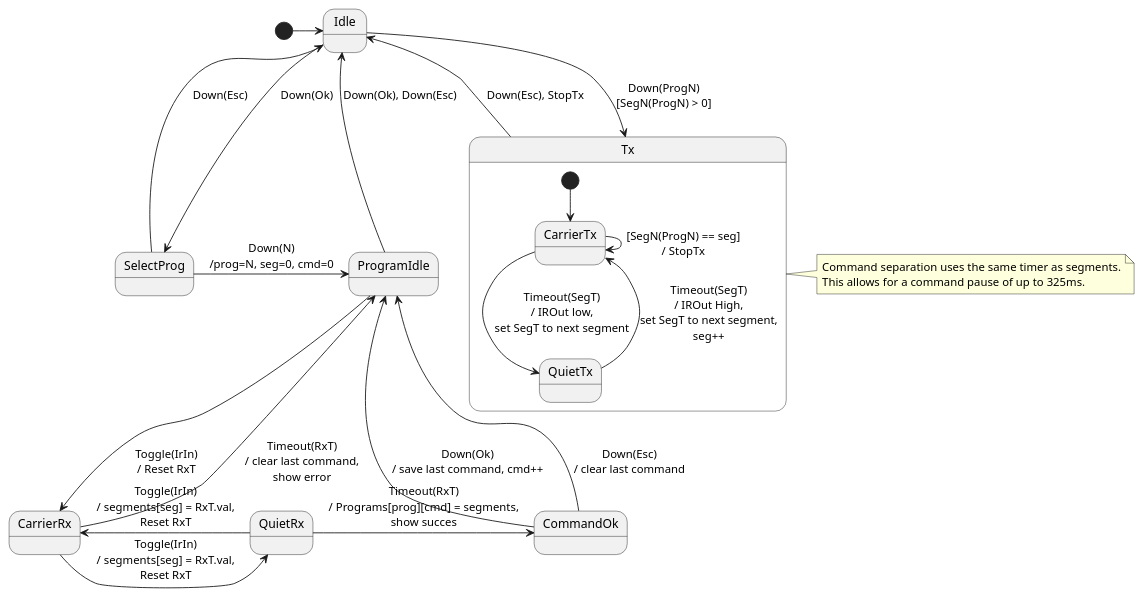
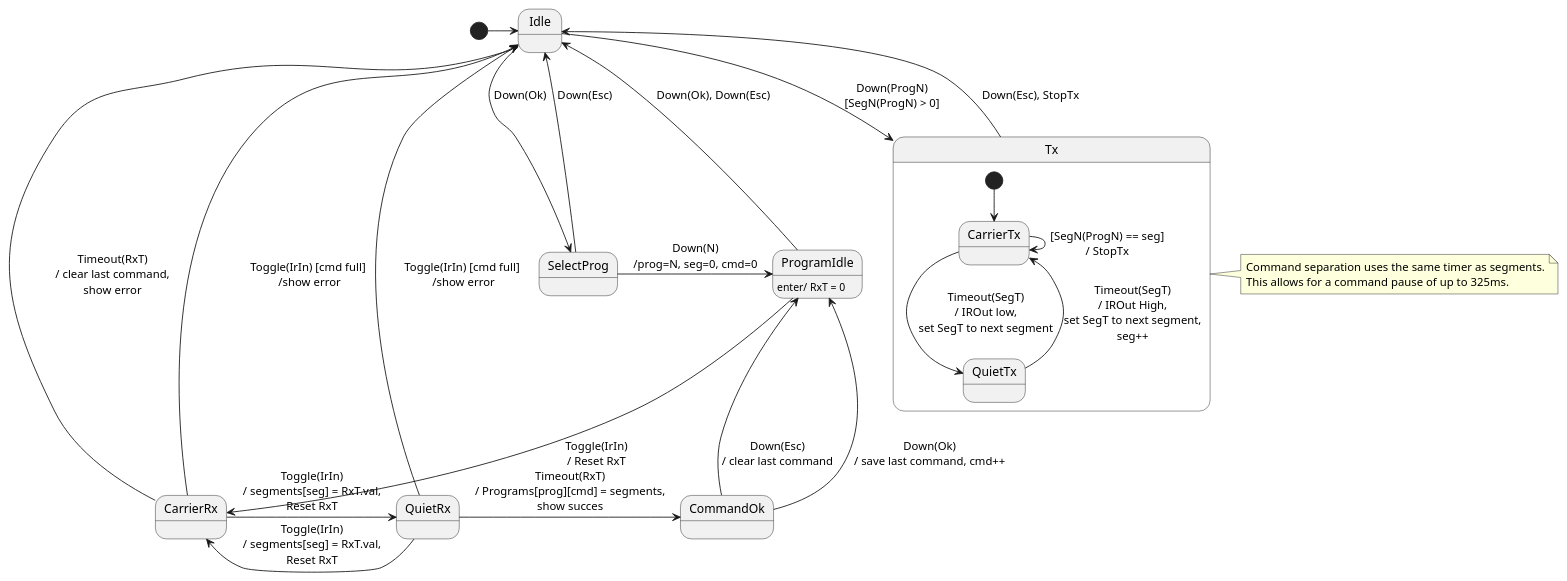
One commit to arqubusier/programmable-remote changed the diagram in doc/states.puml. Above: the diagram before and after it, drawn with PlantUML. The commit also changed 3 other files, not shown here.

```diff
--- a/doc/states.puml
+++ b/doc/states.puml
@@ -1,30 +1,33 @@
 @startuml
 [*] -> Idle
 Idle --> SelectProg : Down(Ok)
 SelectProg -> ProgramIdle: Down(N)\n/prog=N, seg=0, cmd=0
 SelectProg --> Idle: Down(Esc)
 
 ProgramIdle --> Idle : Down(Ok), Down(Esc)
 ProgramIdle --> CarrierRx: Toggle(IrIn)\n/ Reset RxT
+ProgramIdle: enter/ RxT = 0
 
+CarrierRx -> QuietRx: Toggle(IrIn)\n/ segments[seg] = RxT.val,\nReset RxT
+CarrierRx --> Idle: Timeout(RxT)\n/ clear last command,\nshow error
+CarrierRx --> Idle: Toggle(IrIn) [cmd full] \n/show error
+QuietRx --> Idle: Toggle(IrIn) [cmd full] \n/show error
 QuietRx -> CarrierRx: Toggle(IrIn)\n/ segments[seg] = RxT.val,\nReset RxT
-CarrierRx -> QuietRx: Toggle(IrIn)\n/ segments[seg] = RxT.val,\nReset RxT
-CarrierRx --> ProgramIdle: Timeout(RxT)\n/ clear last command,\nshow error
 QuietRx -> CommandOk: Timeout(RxT)\n/ Programs[prog][cmd] = segments,\nshow succes
 CommandOk -> ProgramIdle: Down(Ok)\n/ save last command, cmd++
 CommandOk -> ProgramIdle: Down(Esc)\n/ clear last command
 
 
 Idle --> Tx : Down(ProgN)\n[SegN(ProgN) > 0]
 state Tx {
   [*] --> CarrierTx
   CarrierTx --> QuietTx : Timeout(SegT)\n/ IROut low,\nset SegT to next segment
   QuietTx --> CarrierTx : Timeout(SegT)\n/ IROut High,\nset SegT to next segment,\nseg++
   CarrierTx -> CarrierTx : [SegN(ProgN) == seg]\n/ StopTx
 }
 note right of Tx: Command separation uses the same timer as segments.\nThis allows for a command pause of up to 325ms.
 Tx --> Idle : Down(Esc), StopTx
 
 CommandOk -[hidden]-> SelectProg
 
 @enduml
```
